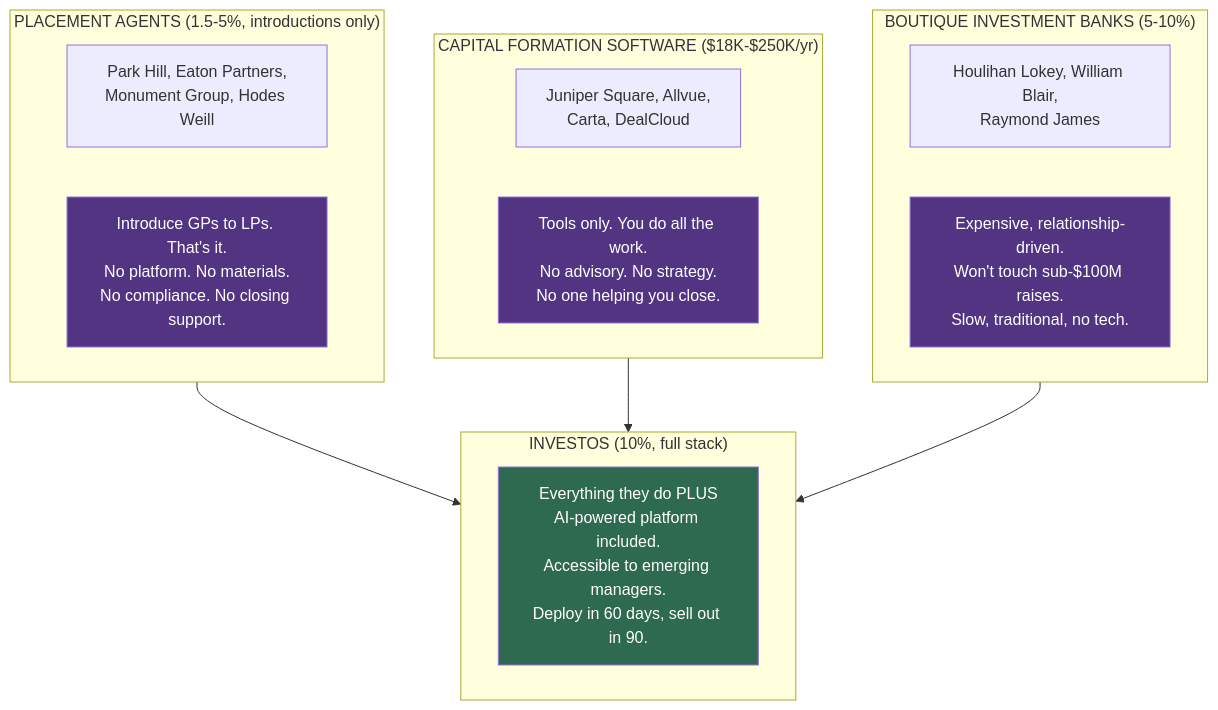
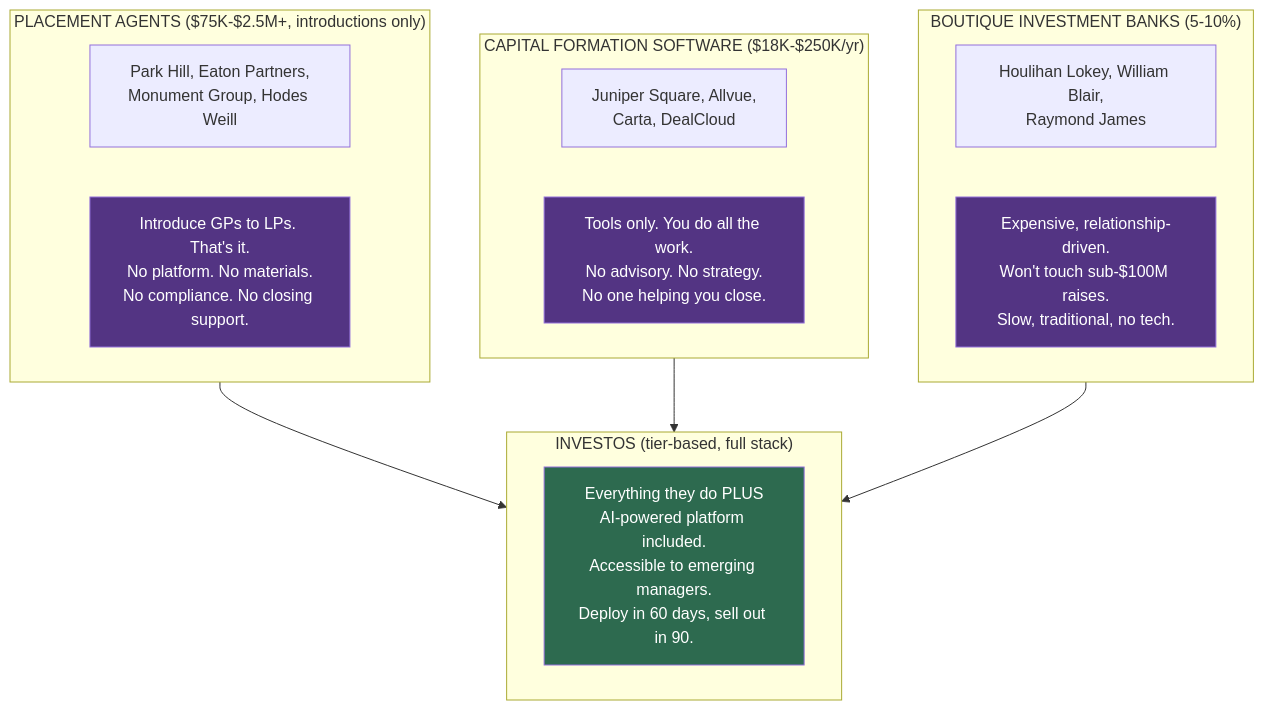
One commit to Light-Brands/qie changed the first of 3 diagrams in docs/investos-pe-market-deep-dive-2026-03-04.md. Above: the diagram before and after it, drawn with Mermaid. The commit also changed other lines of this file and 2 other files, not shown here.

First line of the commit message:
Reframe all pricing as investment tier-based advisory fees

````diff
--- a/docs/investos-pe-market-deep-dive-2026-03-04.md
+++ b/docs/investos-pe-market-deep-dive-2026-03-04.md
@@ -211,30 +212,30 @@
 ```mermaid
 graph TD
-    subgraph PA["PLACEMENT AGENTS (1.5-5%, introductions only)"]
+    subgraph PA["PLACEMENT AGENTS ($75K-$2.5M+, introductions only)"]
         PA1["Park Hill, Eaton Partners,<br/>Monument Group, Hodes Weill"]
         PA2["Introduce GPs to LPs. That's it.<br/>No platform. No materials.<br/>No compliance. No closing support."]
     end
 
     subgraph SW["CAPITAL FORMATION SOFTWARE ($18K-$250K/yr)"]
         SW1["Juniper Square, Allvue,<br/>Carta, DealCloud"]
         SW2["Tools only. You do all the work.<br/>No advisory. No strategy.<br/>No one helping you close."]
     end
 
     subgraph IB["BOUTIQUE INVESTMENT BANKS (5-10%)"]
         IB1["Houlihan Lokey, William Blair,<br/>Raymond James"]
         IB2["Expensive, relationship-driven.<br/>Won't touch sub-$100M raises.<br/>Slow, traditional, no tech."]
     end
 
-    subgraph IO["INVESTOS (10%, full stack)"]
+    subgraph IO["INVESTOS (tier-based, full stack)"]
         IO1["Everything they do PLUS<br/>AI-powered platform included.<br/>Accessible to emerging managers.<br/>Deploy in 60 days, sell out in 90."]
     end
 
     PA --> IO
     SW --> IO
     IB --> IO
 
     style IO1 fill:#2d6a4f,color:#fff
     style PA2 fill:#533483,color:#fff
     style SW2 fill:#533483,color:#fff
     style IB2 fill:#533483,color:#fff
 ```
````
